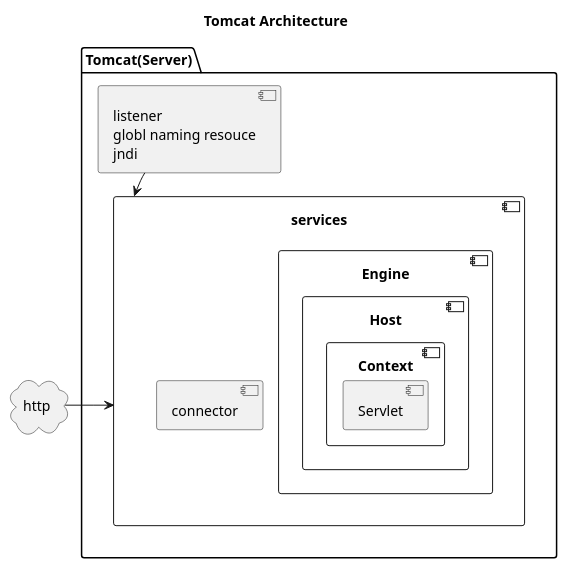
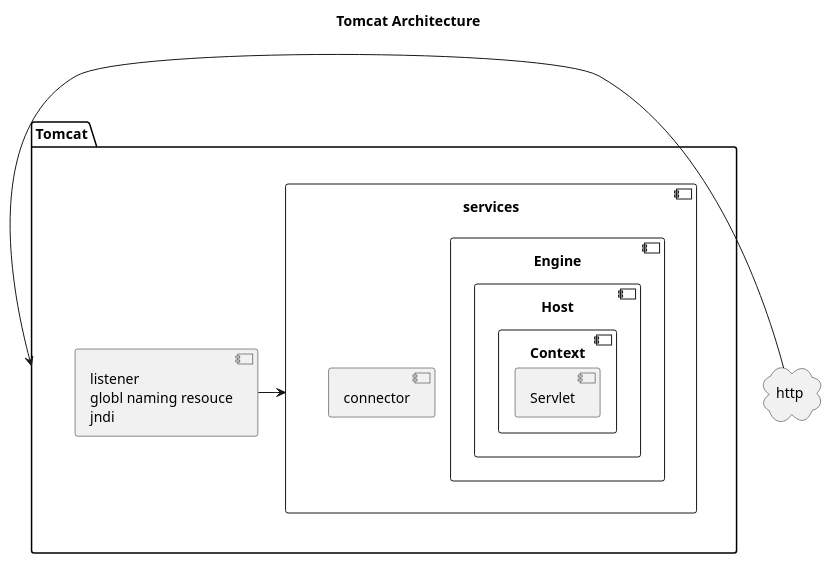
The second of 7 diagrams in content/post/java/tomcat.md (kevinwang930/kevinwang930.github.io), drawn with PlantUML before and after one commit. The commit also changed other lines of this file and 2 other files, not shown here.

````diff
--- a/content/post/java/tomcat.md
+++ b/content/post/java/tomcat.md
@@ -83,27 +83,28 @@
 ```plantuml
 
 title: Tomcat Architecture
-    package Tomcat(Server) {
+cloud http
+    package Tomcat {
     
         
         component c  [ 
             listener
             globl naming resouce
             jndi
         ] 
         component services {
             component connector
             component Engine {
                 component Host {
                     Component Context {
                         Component Servlet
                     }
                 }
             }
         }
         
-        c --> services
+        c -right-> services
     }
-cloud http
-http -right-> services
+
+http -right-> Tomcat
 ```
````
